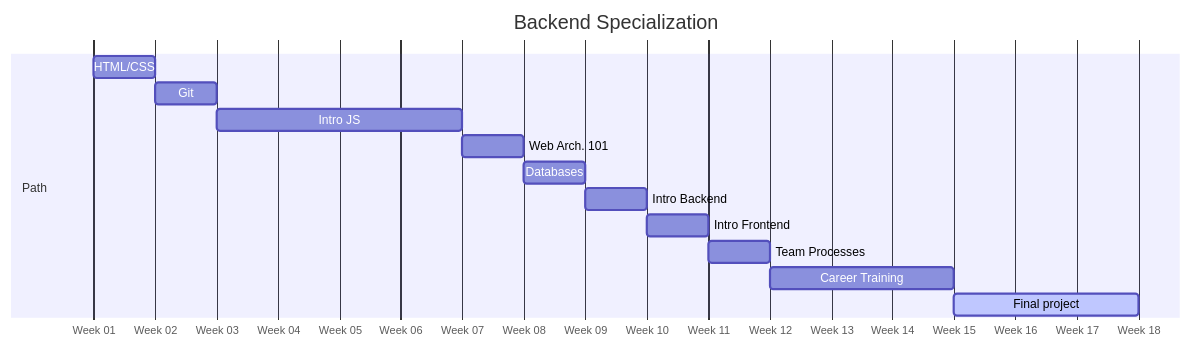
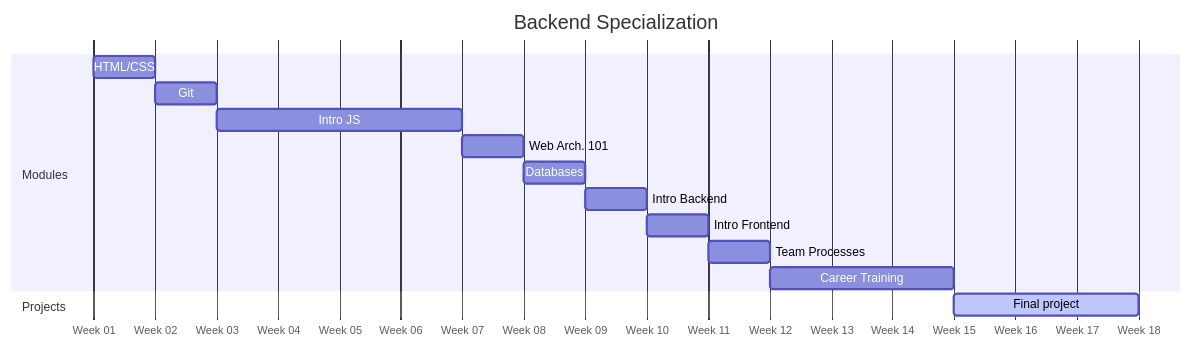
The diagram in courses/Foundation/README.md (HackYourFuture-CPH/program), drawn with Mermaid before and after one commit.

````diff
--- a/courses/Foundation/README.md
+++ b/courses/Foundation/README.md
@@ -8,18 +8,20 @@
 ```mermaid
 gantt
     title Backend Specialization
     dateFormat  YYYY-MM-DD
     axisFormat  Week %U
 
-    section Path
+    section Modules
     HTML/CSS            :a1, 2025-01-05, 1w
     Git                 :a2, after a1, 1w
     Intro JS            :a3, after a2, 4w
     Web Arch. 101       :a4, after a3, 1w
     Databases           :a5, after a4, 1w
     Intro Backend       :a6, after a5, 1w
     Intro Frontend      :a7, after a6, 1w
     Team Processes      :a8, after a7, 1w
     Career Training     :a9, after a8, 3w
+
+    section Projects
     Final project       :active, a10, after a9, 3w
 ```
````
